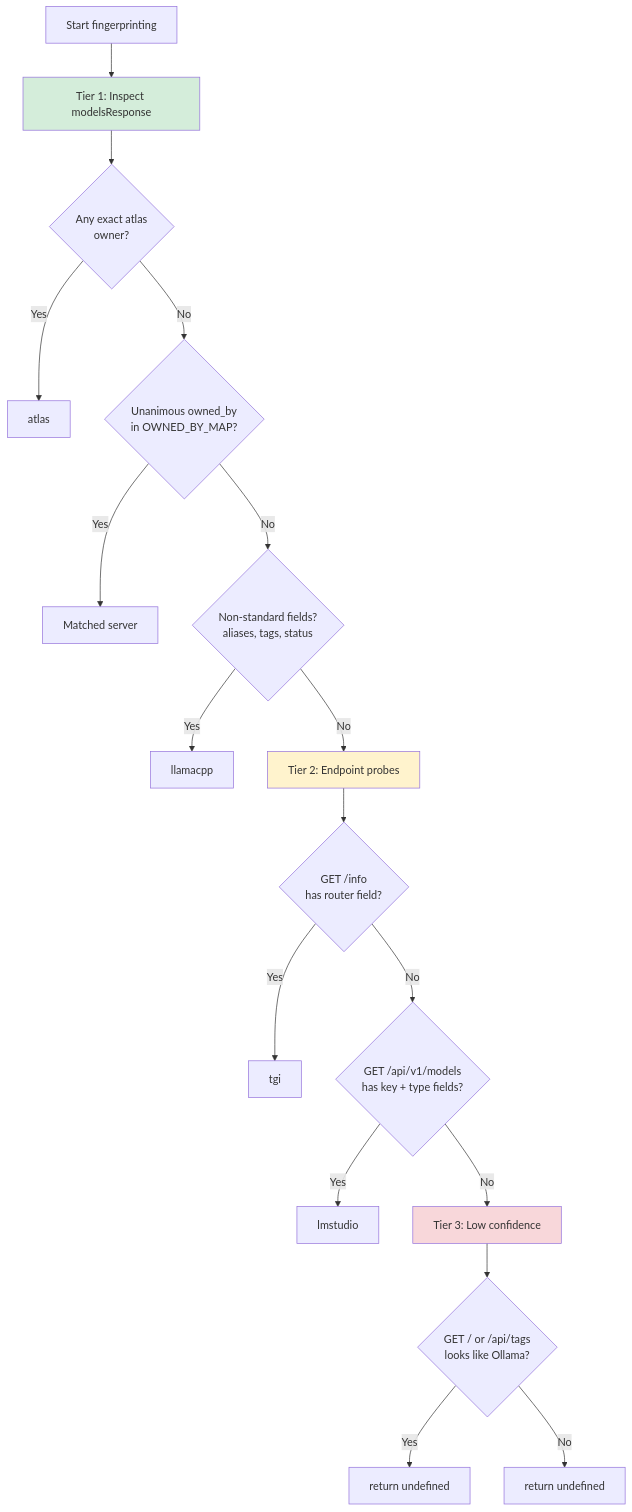
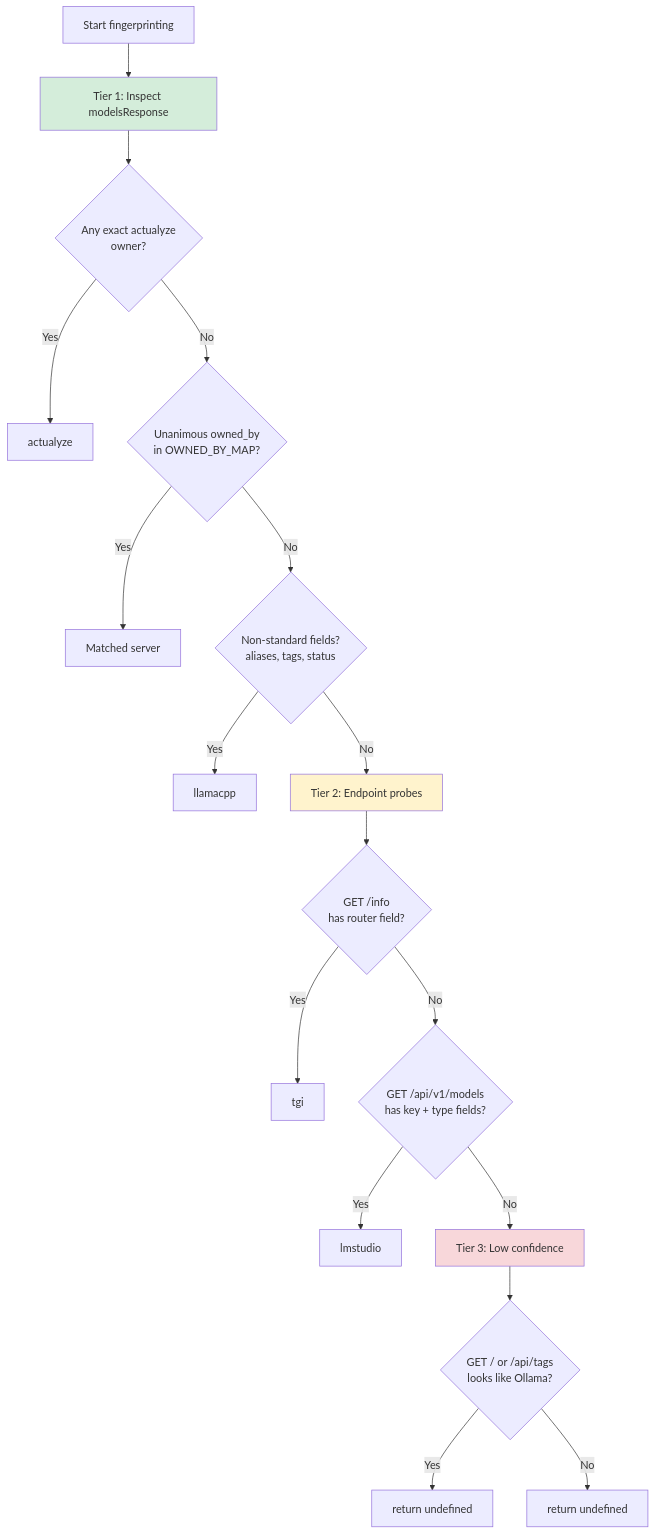
One commit to actualyze-ai/opencode-actualyze changed the fourth of 5 diagrams in CONTRIBUTING.md. Above: the diagram before and after it, drawn with Mermaid. The commit also changed other lines of this file and 19 other files, not shown here.

````diff
--- a/CONTRIBUTING.md
+++ b/CONTRIBUTING.md
@@ -193,23 +193,23 @@
 ```mermaid
 flowchart TD
     A["Start fingerprinting"] --> B["Tier 1: Inspect modelsResponse"]
-    B --> BA{"Any exact atlas<br/>owner?"}
-    BA -->|Yes| RA["atlas"]
+    B --> BA{"Any exact actualyze<br/>owner?"}
+    BA -->|Yes| RA["actualyze"]
     BA -->|No| B1{"Unanimous owned_by<br/>in OWNED_BY_MAP?"}
     B1 -->|Yes| R2["Matched server"]
     B1 -->|No| B2{"Non-standard fields?<br/>aliases, tags, status"}
     B2 -->|Yes| R1["llamacpp"]
     B2 -->|No| C["Tier 2: Endpoint probes"]
     C --> C1{"GET /info<br/>has router field?"}
     C1 -->|Yes| R3["tgi"]
     C1 -->|No| C2{"GET /api/v1/models<br/>has key + type fields?"}
     C2 -->|Yes| R4["lmstudio"]
     C2 -->|No| D["Tier 3: Low confidence"]
     D --> D1{"GET / or /api/tags<br/>looks like Ollama?"}
     D1 -->|Yes| R5["return undefined"]
     D1 -->|No| R6["return undefined"]
 
     style B fill:#d4edda
     style C fill:#fff3cd
     style D fill:#f8d7da
 ```
````
